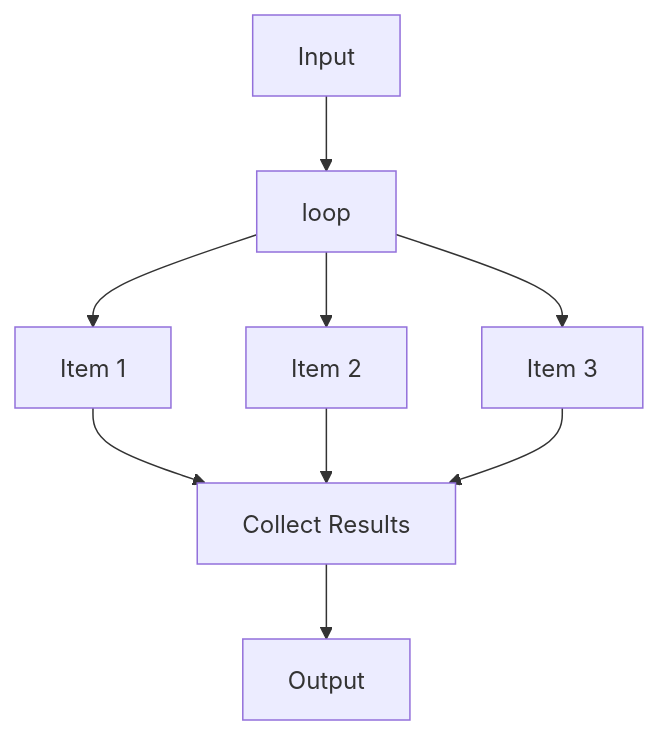
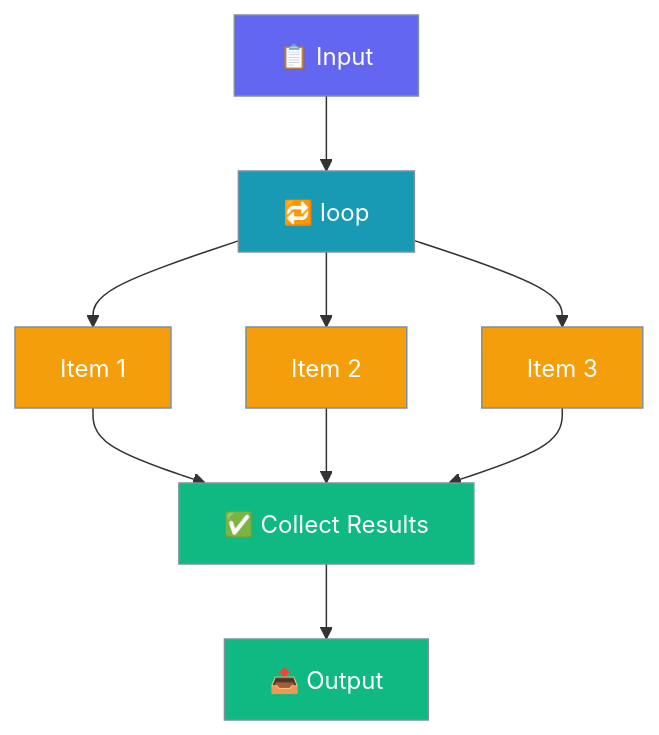
One commit to MervinPraison/PraisonAIDocs changed the diagram in docs/features/workflow-loop.mdx. Above: the diagram before and after it, drawn with Mermaid. The commit also changed other lines of this file and 1 other file, not shown here.

First line of the commit message:
docs: fix §9 compliance — AccordionGroup + Mermaid colors (refs #1000)

````diff
--- a/docs/features/workflow-loop.mdx
+++ b/docs/features/workflow-loop.mdx
@@ -9,11 +9,21 @@
 ```mermaid
 graph TD
-    A[Input] --> B[loop]
+    A[📋 Input] --> B[🔁 loop]
     B --> C[Item 1]
     B --> D[Item 2]
     B --> E[Item 3]
-    C --> F[Collect Results]
+    C --> F[✅ Collect Results]
     D --> F
     E --> F
-    F --> G[Output]
+    F --> G[📤 Output]
+
+    classDef input fill:#6366F1,stroke:#7C90A0,color:#fff
+    classDef process fill:#189AB4,stroke:#7C90A0,color:#fff
+    classDef item fill:#F59E0B,stroke:#7C90A0,color:#fff
+    classDef output fill:#10B981,stroke:#7C90A0,color:#fff
+
+    class A input
+    class B process
+    class C,D,E item
+    class F,G output
 ```
````
